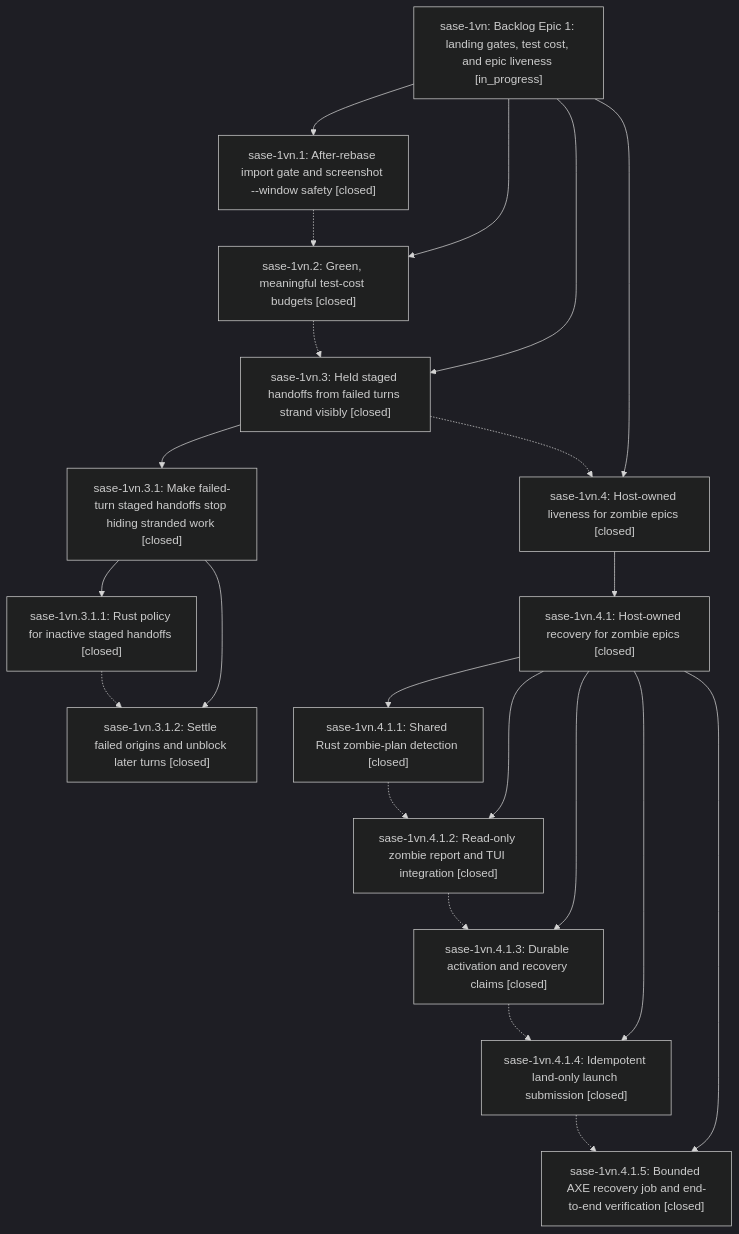
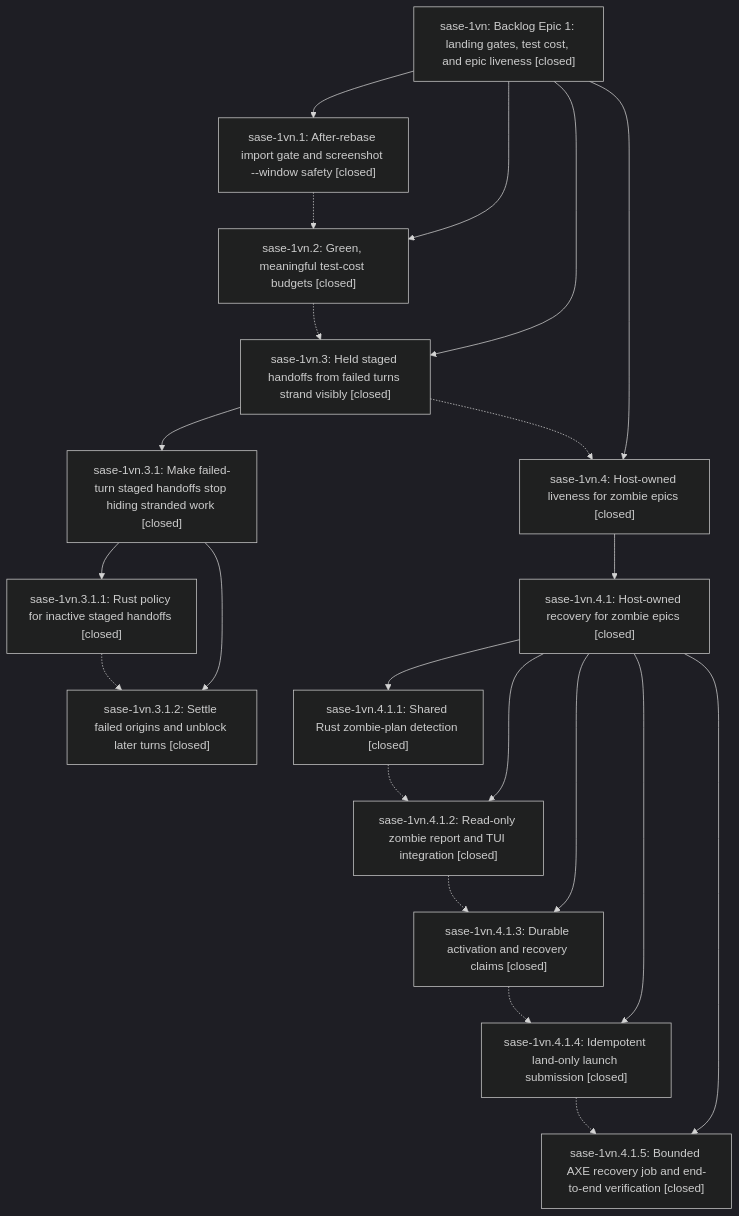
The diagram in pages/sase-1vn/README.md (sase-org/sase--beads), drawn with Mermaid (dark theme) before and after one commit. The commit also changed other lines of this file and 7 other files, not shown here.

````diff
--- a/pages/sase-1vn/README.md
+++ b/pages/sase-1vn/README.md
@@ -41,38 +68,38 @@
 ```mermaid
 flowchart TD
-    n0["sase-1vn: Backlog Epic 1: landing gates, test cost, and epic liveness [in_progress]"]
+    n0["sase-1vn: Backlog Epic 1: landing gates, test cost, and epic liveness [closed]"]
     n1["sase-1vn.1: After-rebase import gate and screenshot --window safety [closed]"]
     n2["sase-1vn.2: Green, meaningful test-cost budgets [closed]"]
     n3["sase-1vn.3: Held staged handoffs from failed turns strand visibly [closed]"]
     n4["sase-1vn.3.1: Make failed-turn staged handoffs stop hiding stranded work [closed]"]
     n5["sase-1vn.3.1.1: Rust policy for inactive staged handoffs [closed]"]
     n6["sase-1vn.3.1.2: Settle failed origins and unblock later turns [closed]"]
     n7["sase-1vn.4: Host-owned liveness for zombie epics [closed]"]
     n8["sase-1vn.4.1: Host-owned recovery for zombie epics [closed]"]
     n9["sase-1vn.4.1.1: Shared Rust zombie-plan detection [closed]"]
     n10["sase-1vn.4.1.2: Read-only zombie report and TUI integration [closed]"]
     n11["sase-1vn.4.1.3: Durable activation and recovery claims [closed]"]
     n12["sase-1vn.4.1.4: Idempotent land-only launch submission [closed]"]
     n13["sase-1vn.4.1.5: Bounded AXE recovery job and end-to-end verification [closed]"]
     n0 --> n1
     n0 --> n2
     n0 --> n3
     n3 --> n4
     n4 --> n5
     n4 --> n6
     n0 --> n7
     n7 --> n8
     n8 --> n9
     n8 --> n10
     n8 --> n11
     n8 --> n12
     n8 --> n13
     n1 -.-> n2
     n2 -.-> n3
     n3 -.-> n7
     n5 -.-> n6
     n9 -.-> n10
     n10 -.-> n11
     n11 -.-> n12
     n12 -.-> n13
 ```
````
